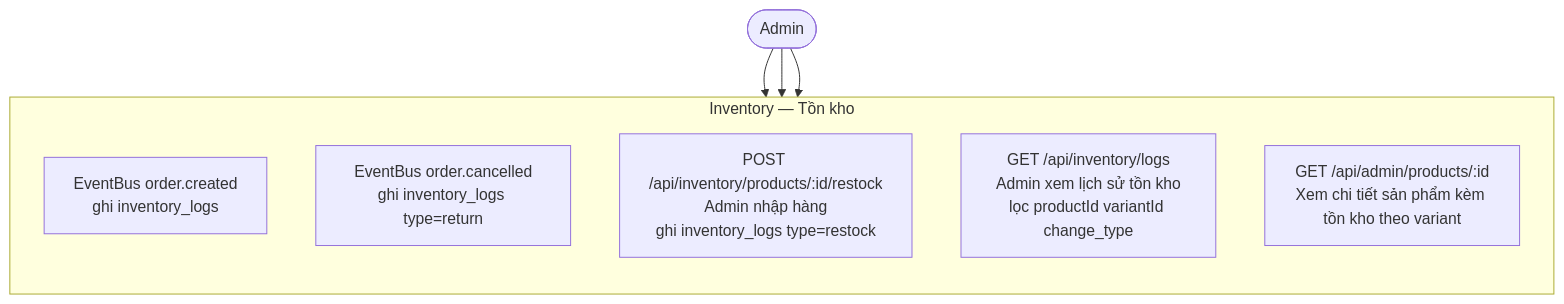
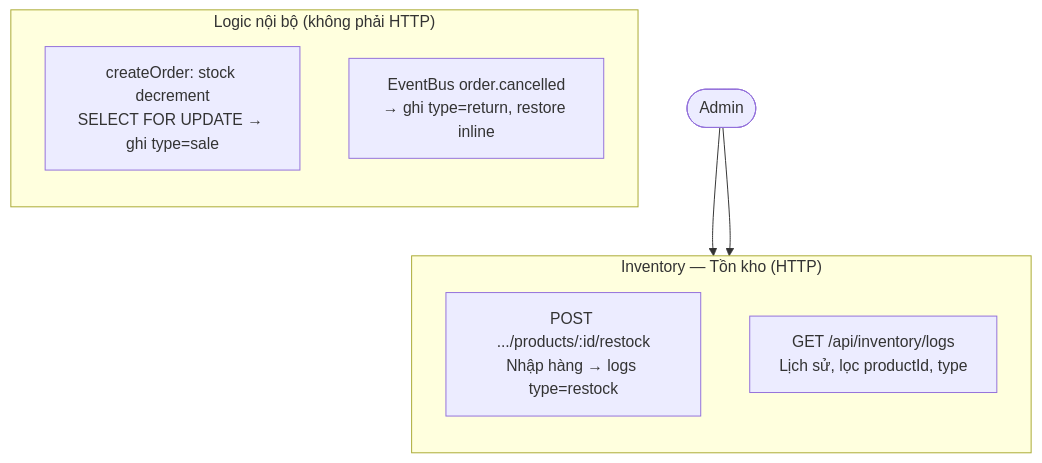
Diagram 16 of 47 in DIAGRAMS.md (MinhThang1009/E-commerce-website), drawn with Mermaid before and after one commit. The commit also changed other lines of this file and 67 other files, not shown here.

````diff
--- a/DIAGRAMS.md
+++ b/DIAGRAMS.md
@@ -292,17 +480,19 @@
 ```mermaid
 flowchart TB
     Admin(["Admin"])
 
-    subgraph INVENTORY["Inventory — Tồn kho"]
+    subgraph INVENTORY["Inventory — Tồn kho (HTTP)"]
         direction TB
-        I1["EventBus order.created\nghi inventory_logs"]
-        I2["EventBus order.cancelled\nghi inventory_logs type=return"]
-        I3["POST /api/inventory/products/:id/restock\nAdmin nhập hàng\nghi inventory_logs type=restock"]
-        I4["GET /api/inventory/logs\nAdmin xem lịch sử tồn kho\nlọc productId variantId change_type"]
-        I5["GET /api/admin/products/:id\nXem chi tiết sản phẩm kèm tồn kho theo variant"]
+        I1["POST .../products/:id/restock<br/>Nhập hàng → logs type=restock"]
+        I2["GET /api/inventory/logs<br/>Lịch sử, lọc productId, type"]
     end
 
-    Admin --> I3
-    Admin --> I4
-    Admin --> I5
+    subgraph INVENTORY_INT["Logic nội bộ (không phải HTTP)"]
+        direction TB
+        I3["createOrder: stock decrement<br/>SELECT FOR UPDATE → ghi type=sale"]
+        I4["EventBus order.cancelled<br/>→ ghi type=return, restore inline"]
+    end
+
+    Admin --> I1
+    Admin --> I2
 ```
````
